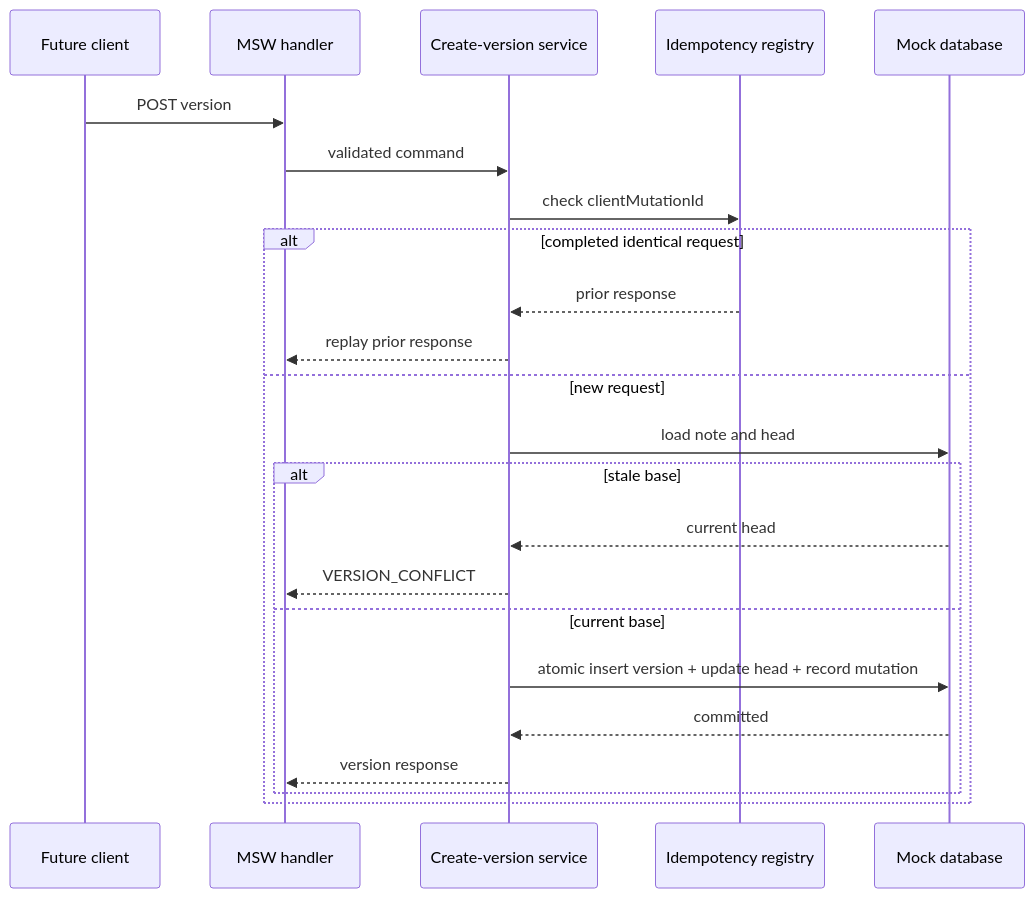
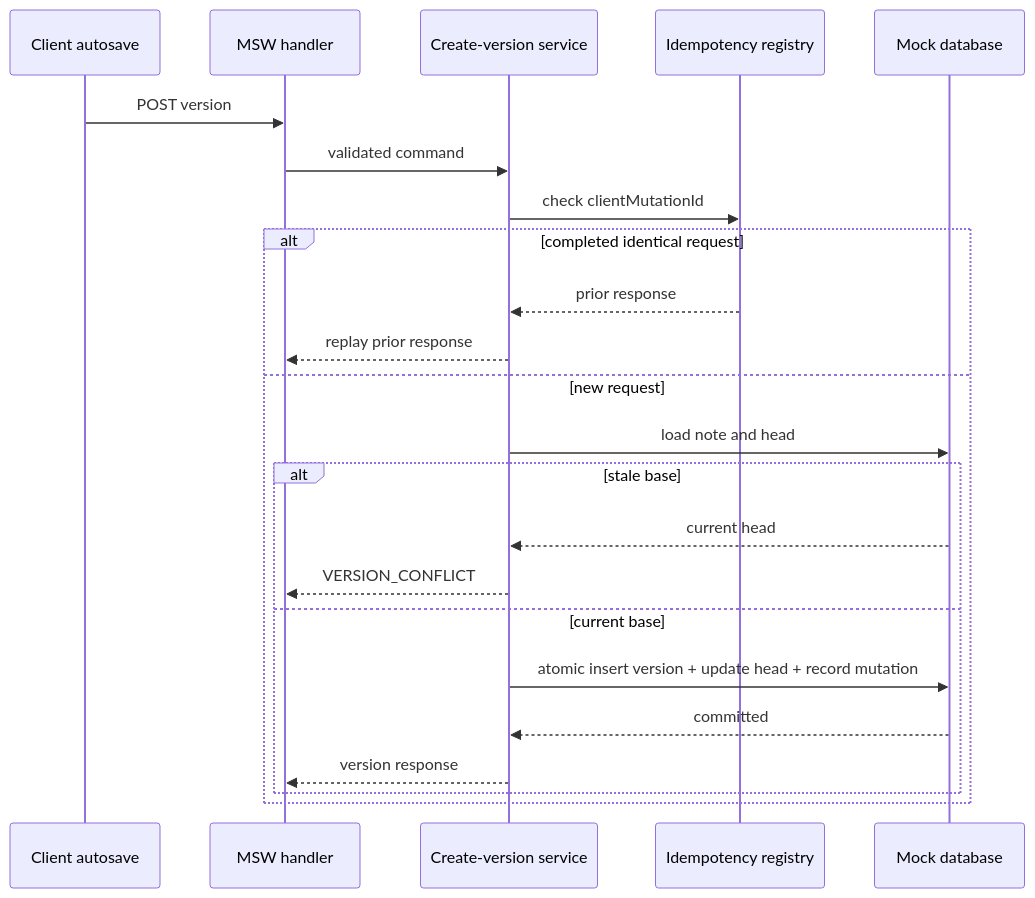
Before and after one commit to apollo0929/soulside-clinical-notes-frontend: the ninth of 9 diagrams in docs/architecture.md, drawn with Mermaid. The commit also changed other lines of this file and 25 other files, not shown here.

````diff
--- a/docs/architecture.md
+++ b/docs/architecture.md
@@ -415,26 +500,26 @@
 ```mermaid
 sequenceDiagram
-  participant C as Future client
+  participant C as Client autosave
   participant H as MSW handler
   participant S as Create-version service
   participant I as Idempotency registry
   participant D as Mock database
 
   C->>H: POST version
   H->>S: validated command
   S->>I: check clientMutationId
   alt completed identical request
     I-->>S: prior response
     S-->>H: replay prior response
   else new request
     S->>D: load note and head
     alt stale base
       D-->>S: current head
       S-->>H: VERSION_CONFLICT
     else current base
       S->>D: atomic insert version + update head + record mutation
       D-->>S: committed
       S-->>H: version response
     end
   end
 ```
````
